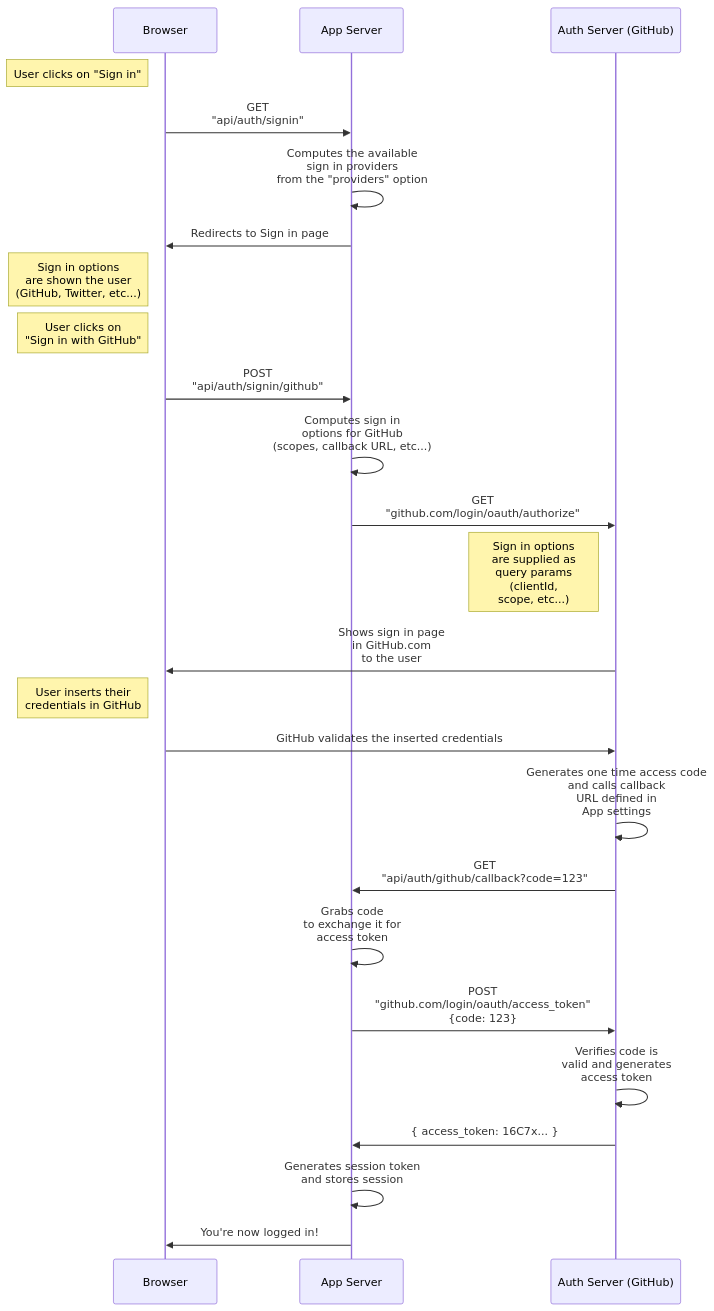
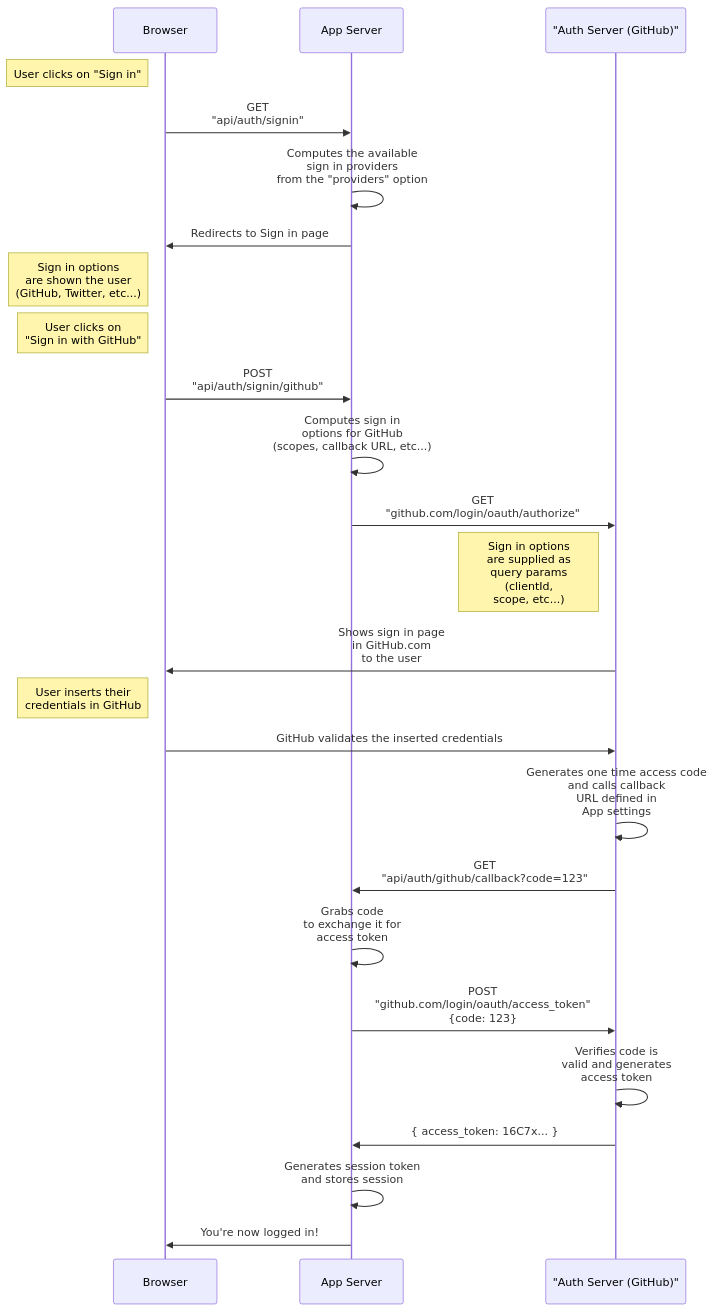
Before and after one commit to nextauthjs/next-auth: the diagram in docs/pages/concepts/oauth.mdx, drawn with Mermaid.

Commit message:
fix syntax error in older versions of mermaid

````diff
--- a/docs/pages/concepts/oauth.mdx
+++ b/docs/pages/concepts/oauth.mdx
@@ -31,27 +31,27 @@
 ```mermaid
 sequenceDiagram
     participant Browser
     participant App Server
-    participant Auth Server (GitHub)
+    participant GitHub as "Auth Server (GitHub)"
     Note left of Browser: User clicks on "Sign in"
     Browser->>App Server: GET<br/>"api/auth/signin"
     App Server->>App Server: Computes the available<br/>sign in providers<br/>from the "providers" option
     App Server->>Browser: Redirects to Sign in page
     Note left of Browser: Sign in options<br/>are shown the user<br/>(GitHub, Twitter, etc...)
     Note left of Browser: User clicks on<br/>"Sign in with GitHub"
     Browser->>App Server: POST<br/>"api/auth/signin/github"
     App Server->>App Server: Computes sign in<br/>options for GitHub<br/>(scopes, callback URL, etc...)
-    App Server->>Auth Server (GitHub): GET<br/>"github.com/login/oauth/authorize"
-    Note left of Auth Server (GitHub): Sign in options<br> are supplied as<br/>query params<br/>(clientId, <br/>scope, etc...)
-    Auth Server (GitHub)->>Browser: Shows sign in page<br/>in GitHub.com<br/>to the user
+    App Server->>GitHub: GET<br/>"github.com/login/oauth/authorize"
+    Note left of GitHub: Sign in options<br> are supplied as<br/>query params<br/>(clientId, <br/>scope, etc...)
+    GitHub->>Browser: Shows sign in page<br/>in GitHub.com<br/>to the user
     Note left of Browser: User inserts their<br/>credentials in GitHub
-    Browser->>Auth Server (GitHub): GitHub validates the inserted credentials
-    Auth Server (GitHub)->>Auth Server (GitHub): Generates one time access code<br/>and calls callback<br>URL defined in<br/>App settings
-    Auth Server (GitHub)->>App Server: GET<br/>"api/auth/github/callback?code=123"
+    Browser->>GitHub: GitHub validates the inserted credentials
+    GitHub->>GitHub: Generates one time access code<br/>and calls callback<br>URL defined in<br/>App settings
+    GitHub->>App Server: GET<br/>"api/auth/github/callback?code=123"
     App Server->>App Server: Grabs code<br/>to exchange it for<br/>access token
-    App Server->>Auth Server (GitHub): POST<br/>"github.com/login/oauth/access_token"<br/>{code: 123}
-    Auth Server (GitHub)->>Auth Server (GitHub): Verifies code is<br/>valid and generates<br/>access token
-    Auth Server (GitHub)->>App Server: { access_token: 16C7x... }
+    App Server->>GitHub: POST<br/>"github.com/login/oauth/access_token"<br/>{code: 123}
+    GitHub->>GitHub: Verifies code is<br/>valid and generates<br/>access token
+    GitHub->>App Server: { access_token: 16C7x... }
     App Server->>App Server: Generates session token<br/>and stores session
     App Server->>Browser: You're now logged in!
 ```
````
